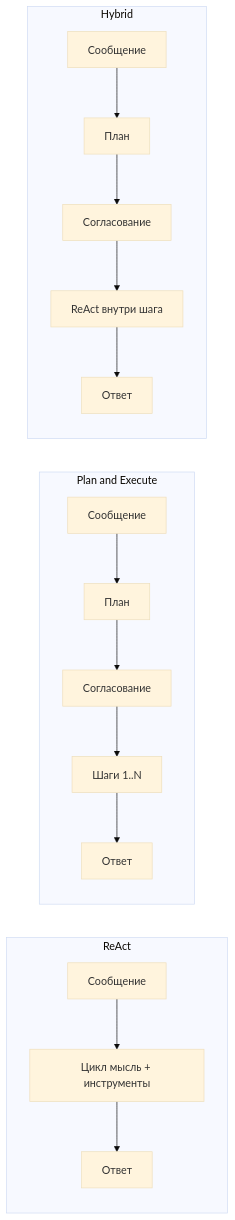
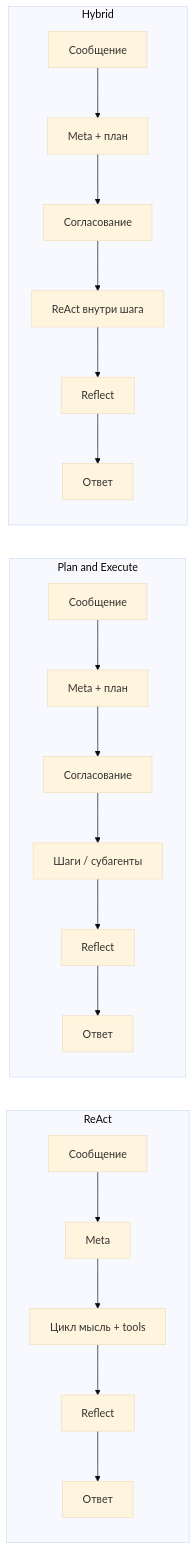
The diagram in docs/ru/EXECUTION_MODES.md (javded-itres/Holix), drawn with Mermaid (base theme) before and after one commit. The commit also changed other lines of this file and 88 other files, not shown here.

````diff
--- a/docs/ru/EXECUTION_MODES.md
+++ b/docs/ru/EXECUTION_MODES.md
@@ -27,21 +27,25 @@
 ```mermaid
 flowchart LR
   subgraph react [ReAct]
-    R1[Сообщение] --> R2[Цикл мысль + инструменты]
-    R2 --> R3[Ответ]
+    R1[Сообщение] --> R2[Meta]
+    R2 --> R3[Цикл мысль + tools]
+    R3 --> R4[Reflect]
+    R4 --> R5[Ответ]
   end
 
   subgraph plan [Plan and Execute]
-    P1[Сообщение] --> P2[План]
+    P1[Сообщение] --> P2[Meta + план]
     P2 --> P3[Согласование]
-    P3 --> P4[Шаги 1..N]
-    P4 --> P5[Ответ]
+    P3 --> P4[Шаги / субагенты]
+    P4 --> P5[Reflect]
+    P5 --> P6[Ответ]
   end
 
   subgraph hybrid [Hybrid]
-    H1[Сообщение] --> H2[План]
+    H1[Сообщение] --> H2[Meta + план]
     H2 --> H3[Согласование]
     H3 --> H4[ReAct внутри шага]
-    H4 --> H5[Ответ]
+    H4 --> H5[Reflect]
+    H5 --> H6[Ответ]
   end
 ```
````
